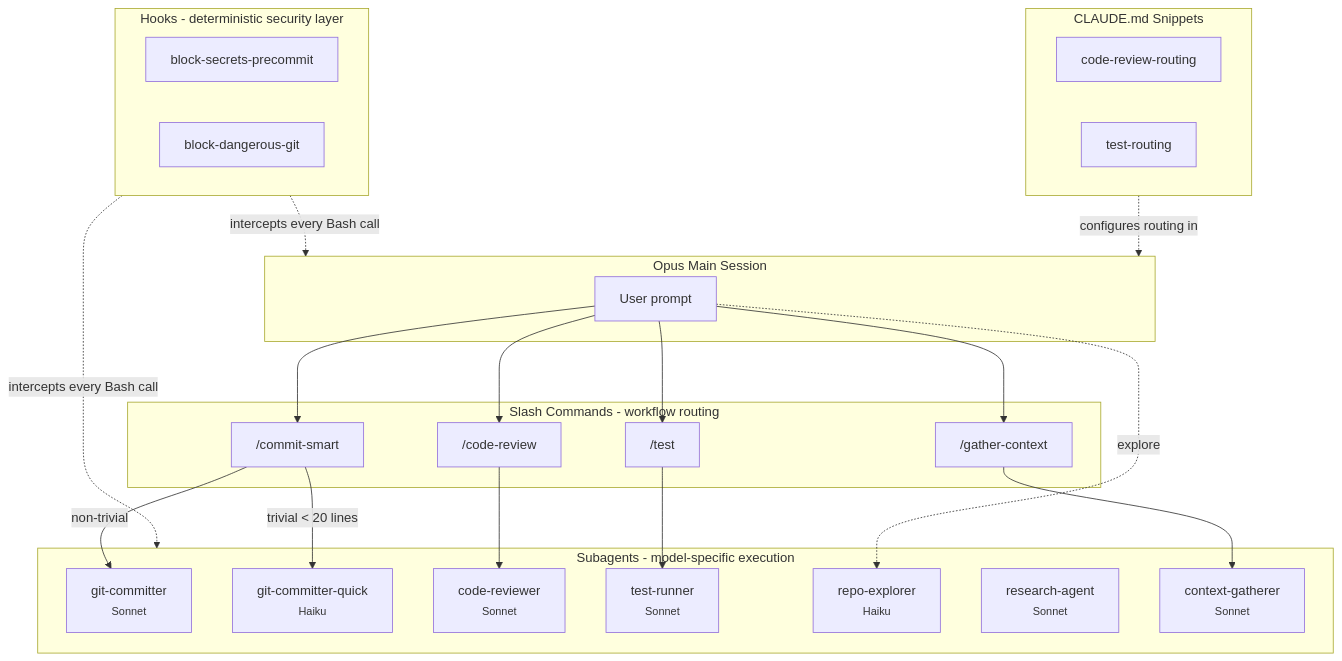
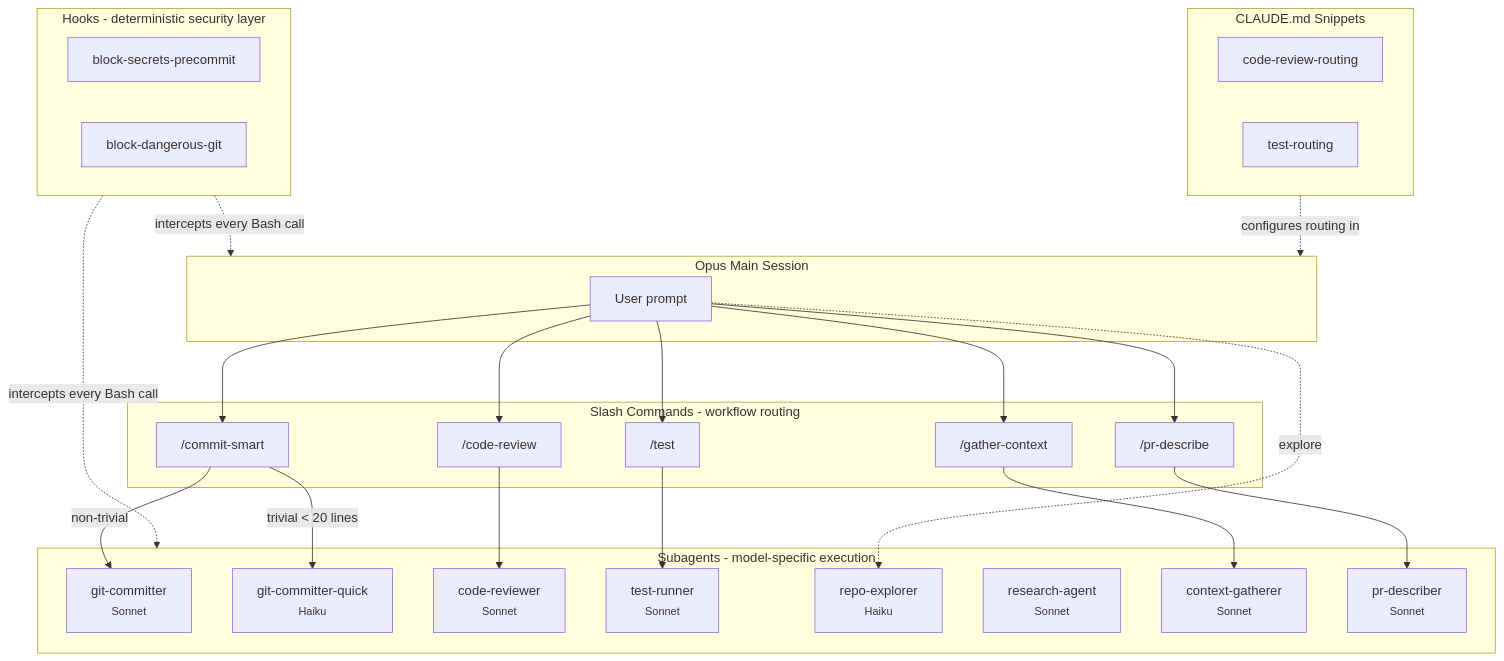
The diagram in README.md (Filip-Podstavec/claude-leverage), drawn with Mermaid before and after one commit. The commit also changed other lines of this file and 4 other files, not shown here.

First line of the commit message:
feat: add pr-describer agent and /pr-describe command

````diff
--- a/README.md
+++ b/README.md
@@ -28,45 +28,48 @@
 ```mermaid
 graph TB
     subgraph Main["Opus Main Session"]
         USER["User prompt"]
     end
 
     subgraph Commands["Slash Commands - workflow routing"]
         CS["/commit-smart"]
         CR["/code-review"]
         TT["/test"]
         GCT["/gather-context"]
+        PD["/pr-describe"]
     end
 
     subgraph Agents["Subagents - model-specific execution"]
         GC["git-committer<br/><small>Sonnet</small>"]
         GCQ["git-committer-quick<br/><small>Haiku</small>"]
         CRA["code-reviewer<br/><small>Sonnet</small>"]
         TR["test-runner<br/><small>Sonnet</small>"]
         RX["repo-explorer<br/><small>Haiku</small>"]
         RA["research-agent<br/><small>Sonnet</small>"]
         CG["context-gatherer<br/><small>Sonnet</small>"]
+        PRD["pr-describer<br/><small>Sonnet</small>"]
     end
 
     subgraph Hooks["Hooks - deterministic security layer"]
         BS["block-secrets-precommit"]
         BD["block-dangerous-git"]
     end
 
     subgraph Snippets["CLAUDE.md Snippets"]
         CRR["code-review-routing"]
         TRR["test-routing"]
     end
 
-    USER --> CS & CR & TT & GCT
+    USER --> CS & CR & TT & GCT & PD
     USER -.->|"explore"| RX
     CS -->|"non-trivial"| GC
     CS -->|"trivial < 20 lines"| GCQ
     CR --> CRA
     TT --> TR
     GCT --> CG
+    PD --> PRD
 
     Hooks -.->|"intercepts every Bash call"| Main
     Hooks -.->|"intercepts every Bash call"| Agents
     Snippets -.->|"configures routing in"| Main
 ```
````
